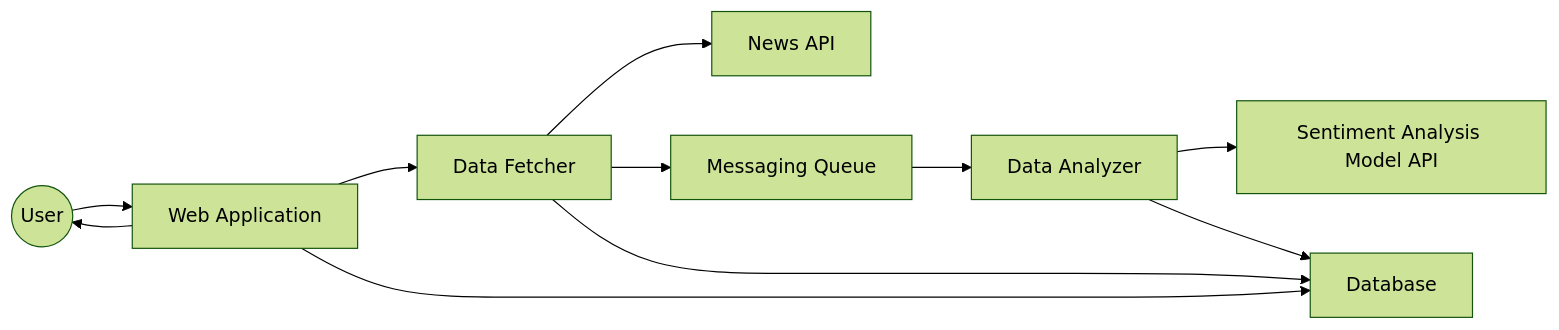
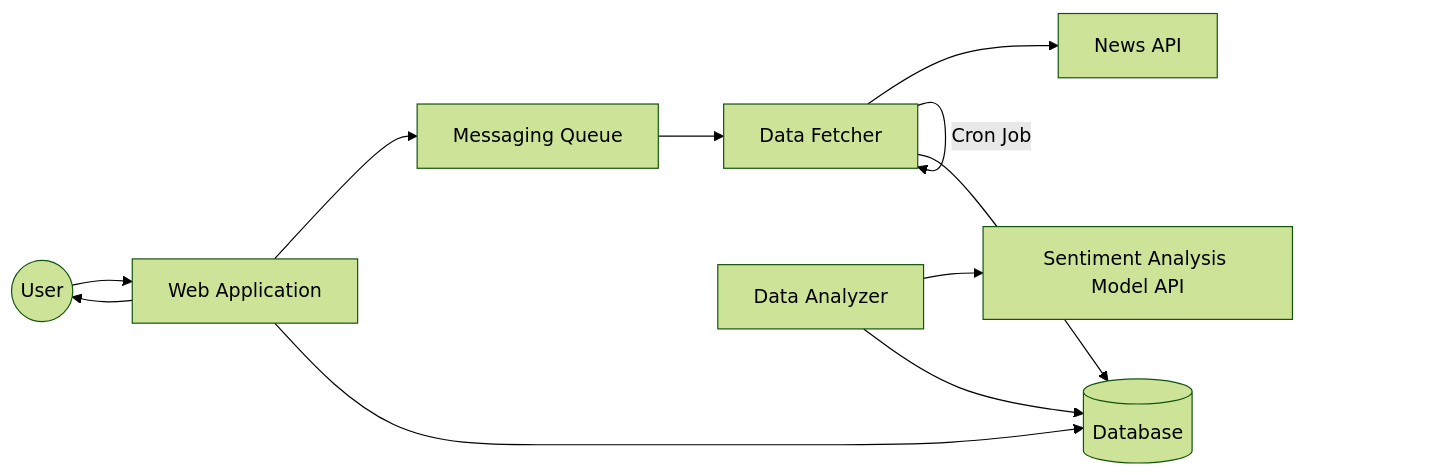
Before and after one commit to Gowtham1729/folio-feed: the first of 2 diagrams in README.md, drawn with Mermaid (forest theme). The commit also changed other lines of this file, not shown here.

````diff
--- a/README.md
+++ b/README.md
@@ -25,11 +25,11 @@
 ```mermaid
-graph LR
+flowchart LR
 A((User)) --> B[Web Application]
-B --> C[Data Fetcher] --> N[News API]
-C --> D[Messaging Queue]
-D --> E[Data Analyzer] --> S[Sentiment Analysis Model API]
-E --> F[Database]
+B --> D[Messaging Queue] --> C[Data Fetcher] --> N[News API]
+C -- Cron Job --> C
+E[Data Analyzer] --> S[Sentiment Analysis Model API]
+E --> F[(Database)]
 B --> F
 C --> F
 B --> A
 ```
````
